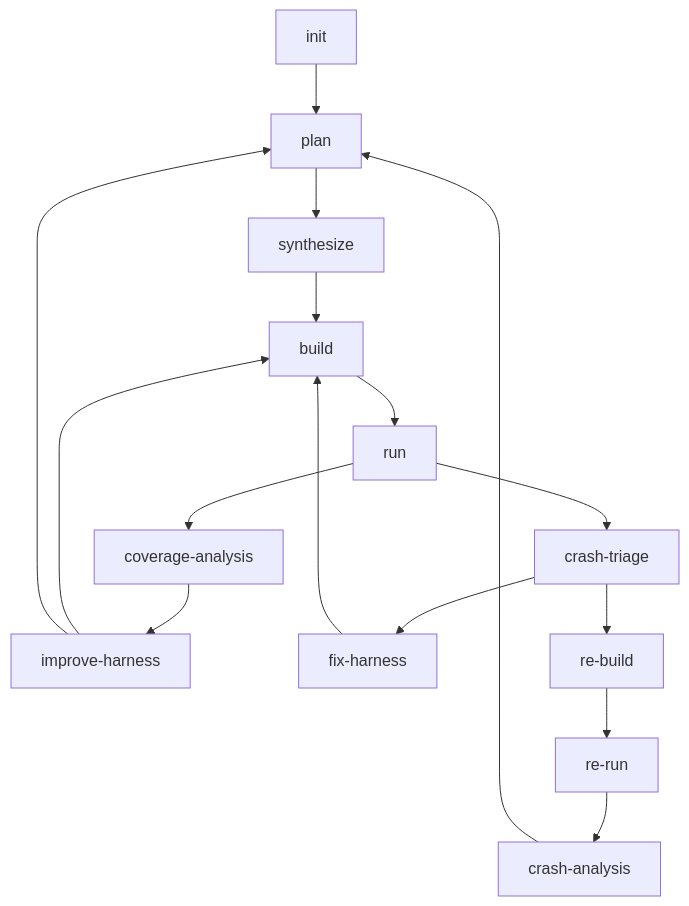
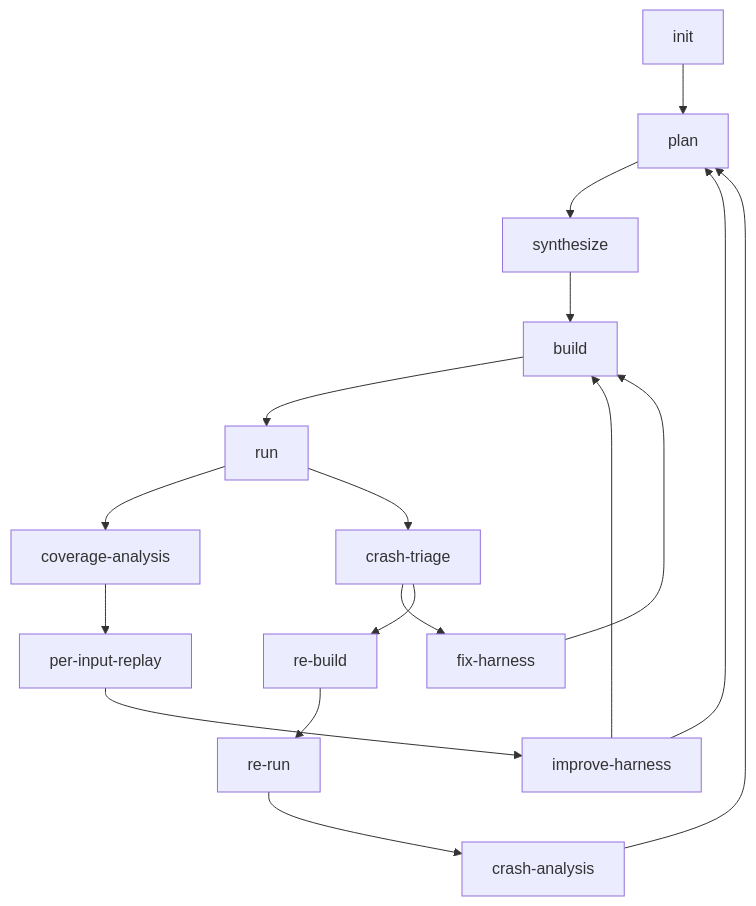
One commit to ZUENS2020/Sherpa changed the second of 2 diagrams in README.md. Above: the diagram before and after it, drawn with Mermaid. The commit also changed other lines of this file and 2 other files, not shown here.

````diff
--- a/README.md
+++ b/README.md
@@ -43,20 +45,21 @@
 ```mermaid
 flowchart TD
   INIT["init"] --> PLAN["plan"]
   PLAN --> SYN["synthesize"]
   SYN --> BUILD["build"]
   BUILD --> RUN["run"]
 
   RUN --> CA["coverage-analysis"]
-  CA --> IH["improve-harness"]
+  CA --> RP["per-input-replay"]
+  RP --> IH["improve-harness"]
   IH --> BUILD
   IH --> PLAN
 
   RUN --> TRIAGE["crash-triage"]
   TRIAGE --> FH["fix-harness"]
   FH --> BUILD
   TRIAGE --> RB["re-build"]
   RB --> RR["re-run"]
   RR --> CAA["crash-analysis"]
   CAA --> PLAN
 ```
````
